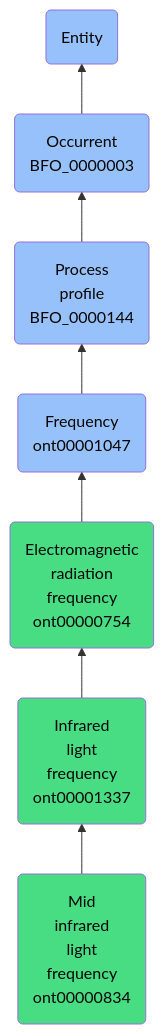
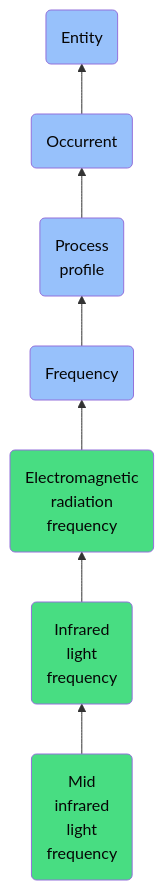
Before and after one commit to jupyter-naas/abi: the diagram in docs/ontology/reference/model/Entity/Occurrent/Process profile/Frequency/Electromagnetic radiation frequency/Infrared light frequency/Mid infrared light frequency/Mid infrared light frequency.md, drawn with Mermaid. The commit also changed other lines of this file and 1430 other files, not shown here.

````diff
--- a/docs/ontology/reference/model/Entity/Occurrent/Process profile/Frequency/Electromagnetic radiation frequency/Infrared light frequency/Mid infrared light frequency/Mid infrared light frequency.md
+++ b/docs/ontology/reference/model/Entity/Occurrent/Process profile/Frequency/Electromagnetic radiation frequency/Infrared light frequency/Mid infrared light frequency/Mid infrared light frequency.md
@@ -24,14 +24,14 @@
 ```mermaid
 graph BT
-    ont00000834(Mid<br>infrared<br>light<br>frequency<br>ont00000834):::ABI-->ont00001337
-    ont00001337(Infrared<br>light<br>frequency<br>ont00001337):::ABI-->ont00000754
-    ont00000754(Electromagnetic<br>radiation<br>frequency<br>ont00000754):::ABI-->ont00001047
-    ont00001047(Frequency<br>ont00001047):::BFO-->BFO_0000144
-    BFO_0000144(Process<br>profile<br>BFO_0000144):::BFO-->BFO_0000003
-    BFO_0000003(Occurrent<br>BFO_0000003):::BFO-->BFO_0000001
+    ont00000834(Mid<br>infrared<br>light<br>frequency):::ABI-->ont00001337
+    ont00001337(Infrared<br>light<br>frequency):::ABI-->ont00000754
+    ont00000754(Electromagnetic<br>radiation<br>frequency):::ABI-->ont00001047
+    ont00001047(Frequency):::BFO-->BFO_0000144
+    BFO_0000144(Process<br>profile):::BFO-->BFO_0000003
+    BFO_0000003(Occurrent):::BFO-->BFO_0000001
     BFO_0000001(Entity):::BFO
     
     classDef BFO fill:#97c1fb,color:#060606
     classDef CCO fill:#e4c51e,color:#060606
     classDef ABI fill:#48DD82,color:#060606
 ```
````
